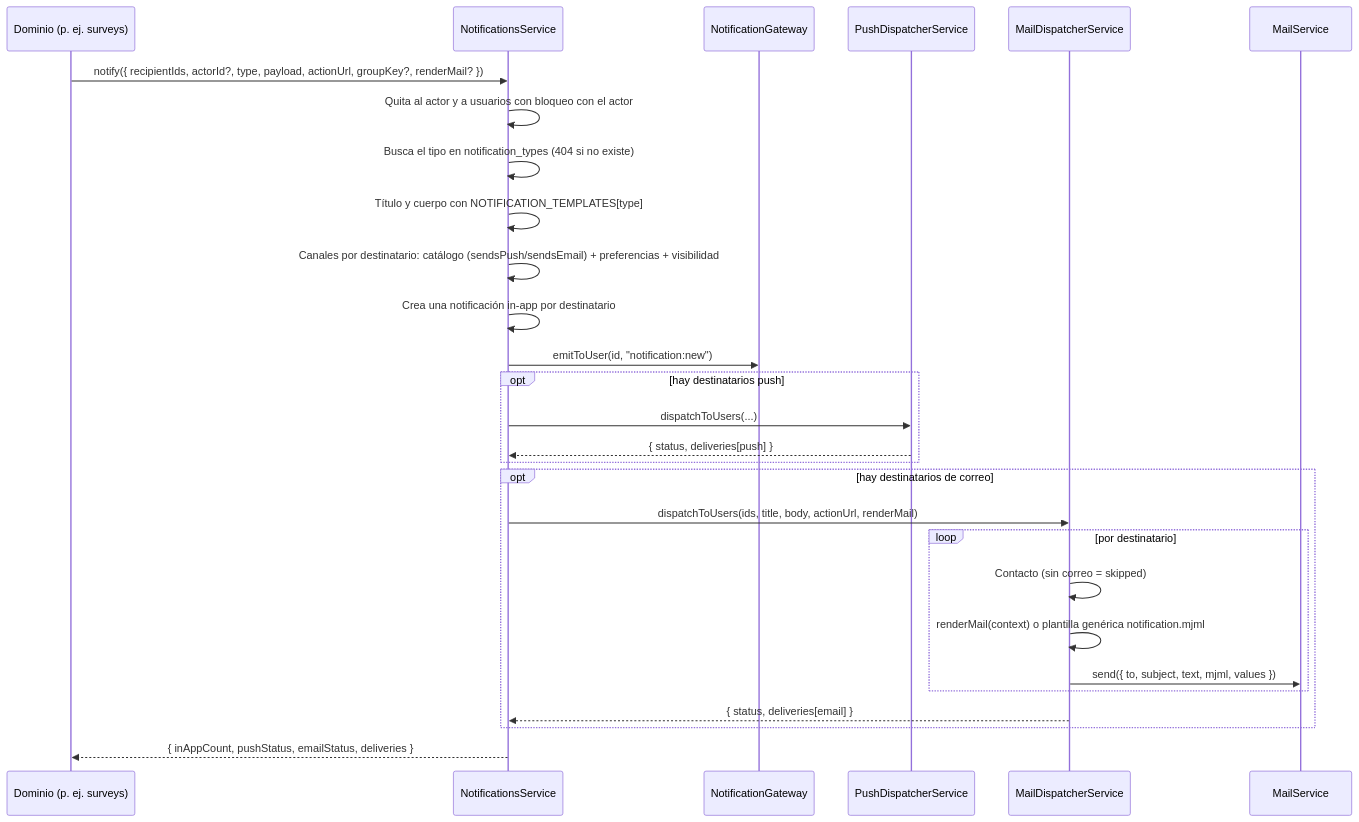
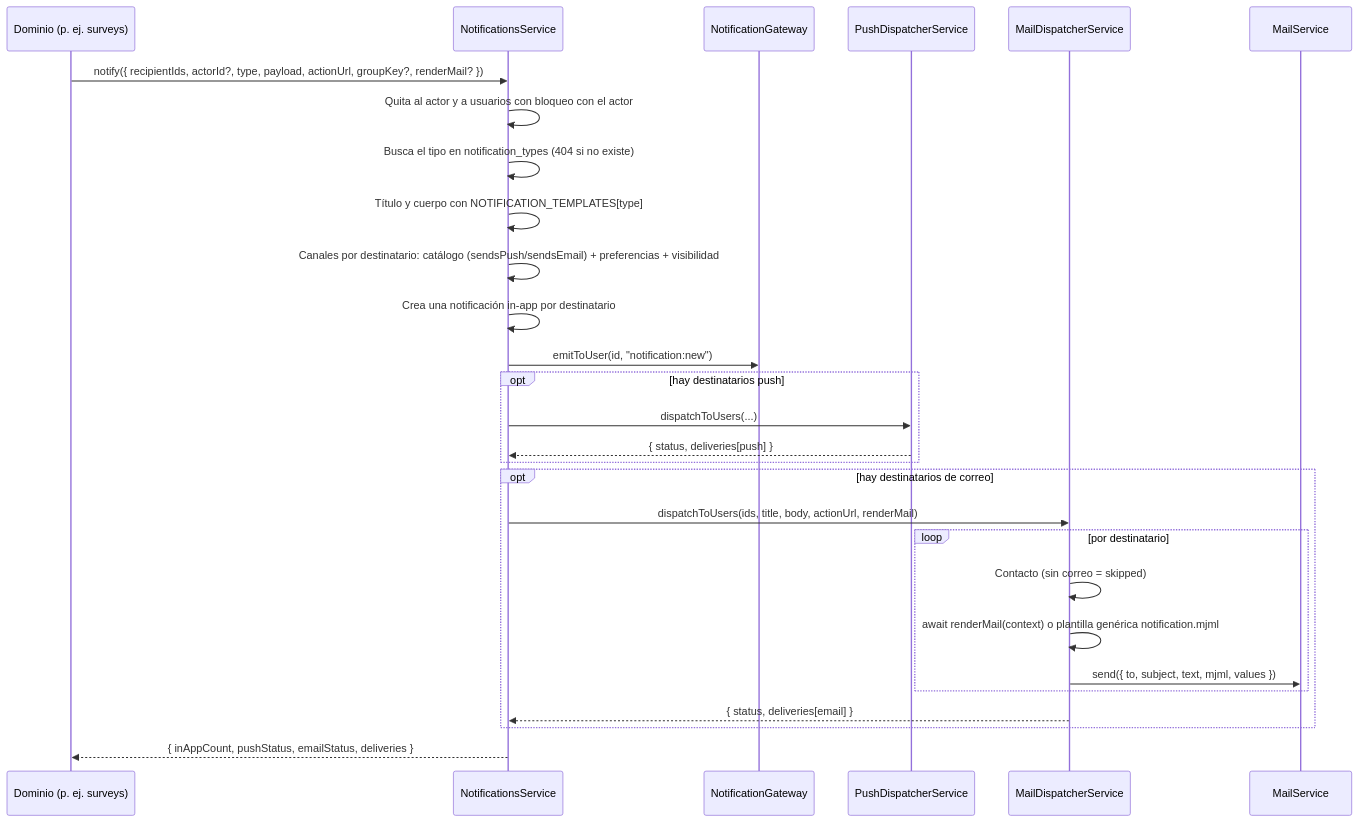
Before and after one commit to UMSSY/umssy-app: the second of 2 diagrams in docs/notifications/README.md, drawn with Mermaid. The commit also changed other lines of this file and 8 other files, not shown here.

````diff
--- a/docs/notifications/README.md
+++ b/docs/notifications/README.md
@@ -42,30 +42,30 @@
 ```mermaid
 sequenceDiagram
   participant D as Dominio (p. ej. surveys)
   participant N as NotificationsService
   participant G as NotificationGateway
   participant P as PushDispatcherService
   participant M as MailDispatcherService
   participant ML as MailService
   D->>N: notify({ recipientIds, actorId?, type, payload, actionUrl, groupKey?, renderMail? })
   N->>N: Quita al actor y a usuarios con bloqueo con el actor
   N->>N: Busca el tipo en notification_types (404 si no existe)
   N->>N: Título y cuerpo con NOTIFICATION_TEMPLATES[type]
   N->>N: Canales por destinatario: catálogo (sendsPush/sendsEmail) + preferencias + visibilidad
   N->>N: Crea una notificación in-app por destinatario
   N->>G: emitToUser(id, "notification:new")
   opt hay destinatarios push
     N->>P: dispatchToUsers(...)
     P-->>N: { status, deliveries[push] }
   end
   opt hay destinatarios de correo
     N->>M: dispatchToUsers(ids, title, body, actionUrl, renderMail)
     loop por destinatario
       M->>M: Contacto (sin correo = skipped)
-      M->>M: renderMail(context) o plantilla genérica notification.mjml
+      M->>M: await renderMail(context) o plantilla genérica notification.mjml
       M->>ML: send({ to, subject, text, mjml, values })
     end
     M-->>N: { status, deliveries[email] }
   end
   N-->>D: { inAppCount, pushStatus, emailStatus, deliveries }
 ```
````
